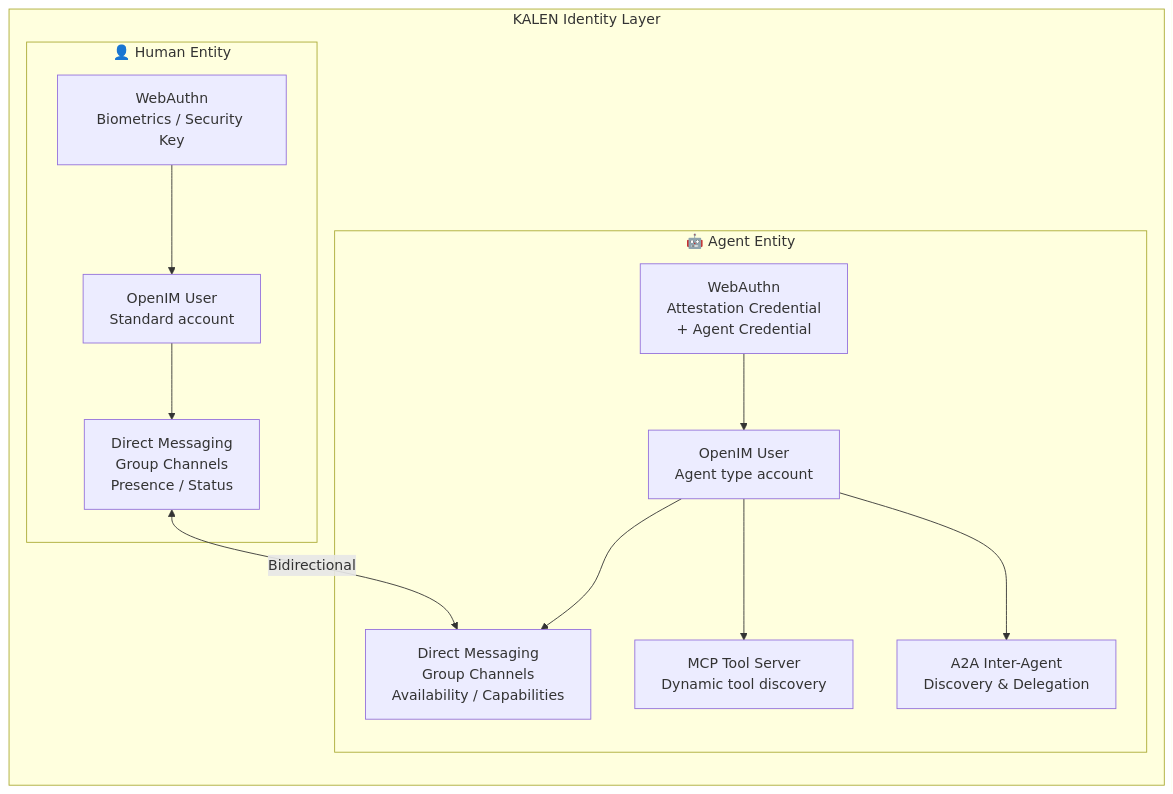
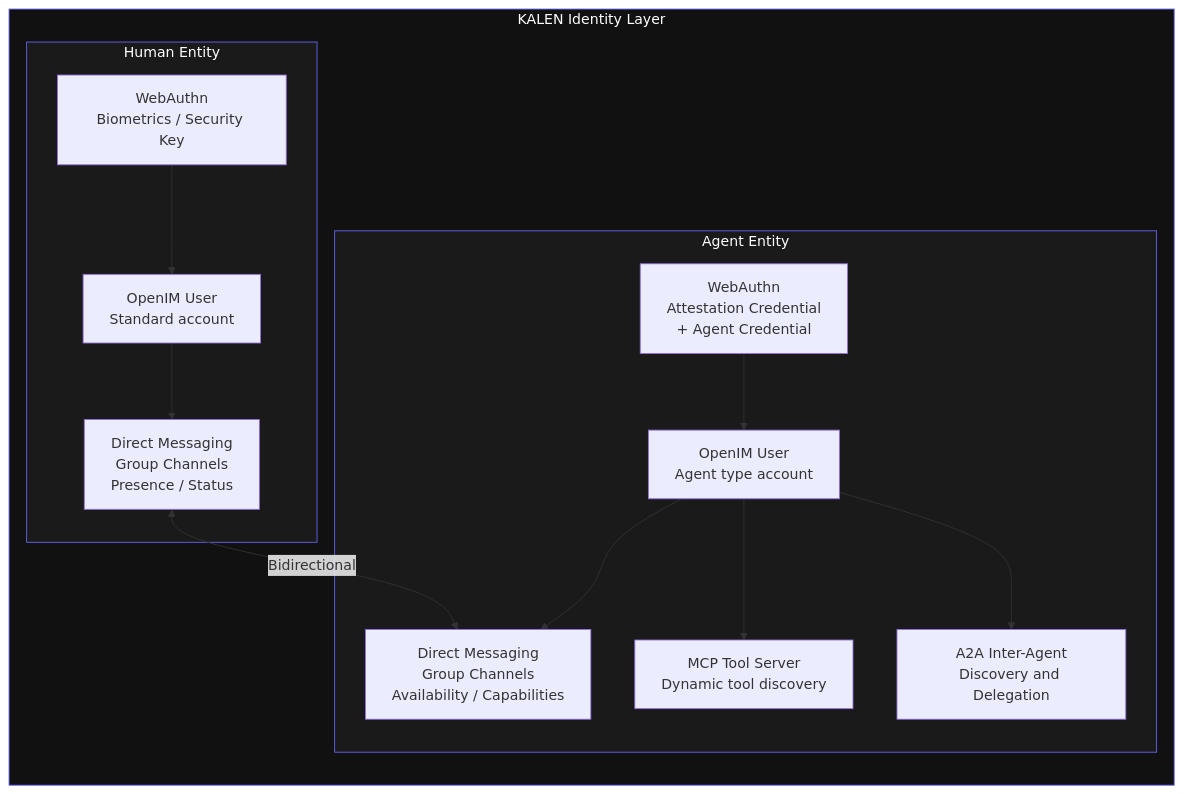
The first of 4 diagrams in README.md (mulkymalikuldhrs/kalen), drawn with Mermaid before and after one commit. The commit also changed other lines of this file and 1 other file, not shown here.

Commit message:
🎨 Upgrade: banner image + fixed Mermaid + animations + flow diagrams

````diff
--- a/README.md
+++ b/README.md
@@ -197,26 +160,30 @@
 ```mermaid
 flowchart TB
     subgraph KALEN["KALEN Identity Layer"]
         direction TB
 
-        subgraph Human["👤 Human Entity"]
+        subgraph Human["Human Entity"]
             BioAuth[WebAuthn<br/>Biometrics / Security Key]
             HumanUser[OpenIM User<br/>Standard account]
             HumanMsg[Direct Messaging<br/>Group Channels<br/>Presence / Status]
         end
 
-        subgraph Agent["🤖 Agent Entity"]
+        subgraph AgentEntity["Agent Entity"]
             AgentAuth[WebAuthn<br/>Attestation Credential<br/>+ Agent Credential]
             AgentUser[OpenIM User<br/>Agent type account]
             AgentMsg[Direct Messaging<br/>Group Channels<br/>Availability / Capabilities]
             AgentTools[MCP Tool Server<br/>Dynamic tool discovery]
-            AgentA2A[A2A Inter-Agent<br/>Discovery & Delegation]
+            AgentA2A[A2A Inter-Agent<br/>Discovery and Delegation]
         end
     end
 
     BioAuth --> HumanUser --> HumanMsg
     AgentAuth --> AgentUser --> AgentMsg
     AgentUser --> AgentTools
     AgentUser --> AgentA2A
     HumanMsg <-->|Bidirectional| AgentMsg
+
+    style KALEN fill:#111111,stroke:#6366f1,color:#fff
+    style Human fill:#1a1a1a,stroke:#6366f1,color:#fff
+    style AgentEntity fill:#1a1a1a,stroke:#6366f1,color:#fff
 ```
````
